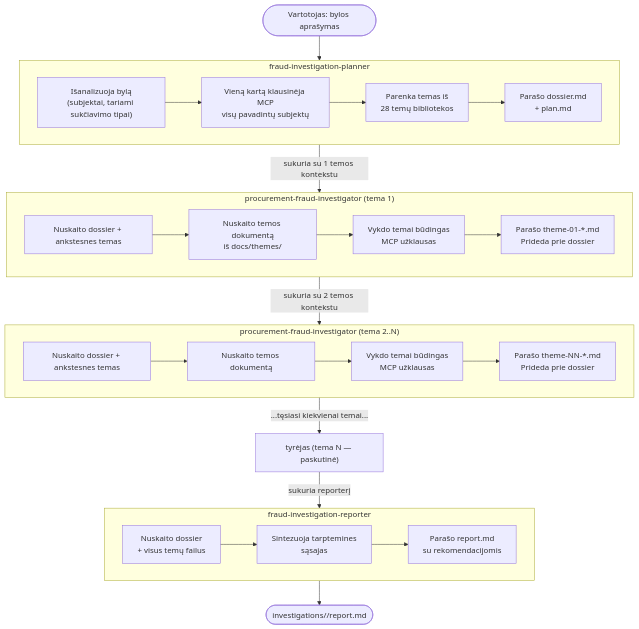
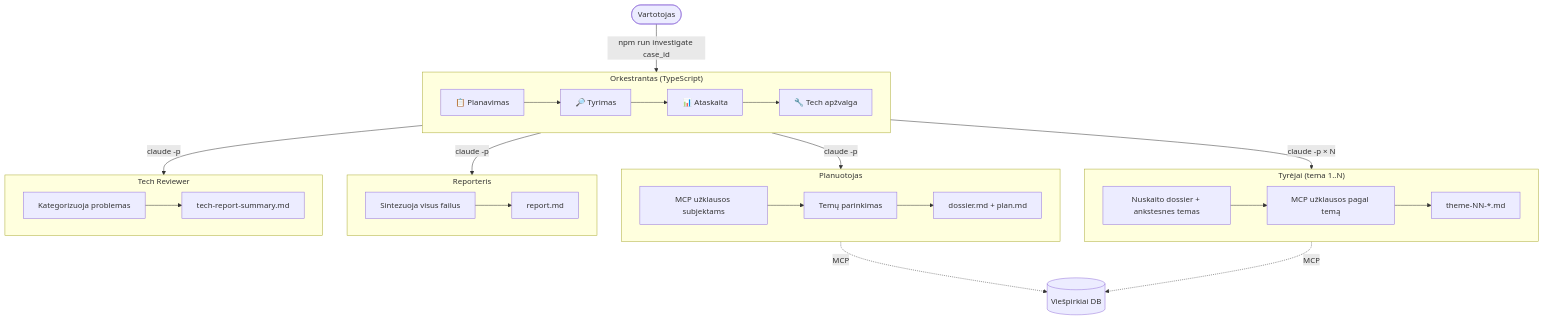
One commit to Viespirkiu-grupe/Tyras changed the diagram in README.md. Above: the diagram before and after it, drawn with Mermaid. The commit also changed other lines of this file and 1 other file, not shown here.

Commit message:
refactor: streamline CLAUDE.md and README.md for clarity and consistency

````diff
--- a/README.md
+++ b/README.md
@@ -83,44 +63,43 @@
 ```mermaid
 flowchart TD
-    User(["Vartotojas: bylos aprašymas"]) --> Planner
+    User(["Vartotojas"]) -->|" npm run investigate case_id "| Orch
 
-    subgraph Planner["fraud-investigation-planner"]
-        P1["Išanalizuoja bylą\n(subjektai, tariami sukčiavimo tipai)"]
-        P2["Vieną kartą klausinėja MCP\nvisų pavadintų subjektų"]
-        P3["Parenka temas iš\n28 temų bibliotekos"]
-        P4["Parašo dossier.md\n+ plan.md"]
-        P1 --> P2 --> P3 --> P4
+    subgraph Orch["Orkestrantas (TypeScript)"]
+        direction LR
+        S1["📋 Planavimas"] --> S2["🔎 Tyrimas"] --> S3["📊 Ataskaita"] --> S4["🔧 Tech apžvalga"]
     end
 
-    Planner -->|" sukuria su 1 temos kontekstu "| Inv1
+    S1 -->|" claude -p "| Planner
+    S2 -->|" claude -p × N "| Inv
+    S3 -->|" claude -p "| Reporter
+    S4 -->|" claude -p "| Tech
 
-    subgraph Inv1["procurement-fraud-investigator (tema 1)"]
-        I1a["Nuskaito dossier + ankstesnes temas"]
-        I1b["Nuskaito temos dokumentą\niš docs/themes/"]
-        I1c["Vykdo temai būdingas\nMCP užklausas"]
-        I1d["Parašo theme-01-*.md\nPrideda prie dossier"]
-        I1a --> I1b --> I1c --> I1d
+    subgraph Planner["Planuotojas"]
+        P1["MCP užklausos subjektams"]
+        P2["Temų parinkimas"]
+        P3["dossier.md + plan.md"]
+        P1 --> P2 --> P3
     end
 
-    Inv1 -->|" sukuria su 2 temos kontekstu "| Inv2
-
-    subgraph Inv2["procurement-fraud-investigator (tema 2..N)"]
-        I2a["Nuskaito dossier + ankstesnes temas"]
-        I2b["Nuskaito temos dokumentą"]
-        I2c["Vykdo temai būdingas\nMCP užklausas"]
-        I2d["Parašo theme-NN-*.md\nPrideda prie dossier"]
-        I2a --> I2b --> I2c --> I2d
+    subgraph Inv["Tyrėjai (tema 1..N)"]
+        I1["Nuskaito dossier + ankstesnes temas"]
+        I2["MCP užklausos pagal temą"]
+        I3["theme-NN-*.md"]
+        I1 --> I2 --> I3
     end
 
-    Inv2 -->|" ...tęsiasi kiekvienai temai... "| InvN["tyrėjas (tema N — paskutinė)"]
-    InvN -->|" sukuria reporterį "| Reporter
-
-    subgraph Reporter["fraud-investigation-reporter"]
-        R1["Nuskaito dossier\n+ visus temų failus"]
-        R2["Sintezuoja tarptemines\nsąsajas"]
-        R3["Parašo report.md\nsu rekomendacijomis"]
-        R1 --> R2 --> R3
+    subgraph Reporter["Reporteris"]
+        R1["Sintezuoja visus failus"]
+        R2["report.md"]
+        R1 --> R2
     end
 
-    Reporter --> Output(["investigations/<case-id>/report.md"])
+    subgraph Tech["Tech Reviewer"]
+        T1["Kategorizuoja problemas"]
+        T2["tech-report-summary.md"]
+        T1 --> T2
+    end
+
+    Planner -.->|" MCP "| DB[(Viešpirkiai DB)]
+    Inv -.->|" MCP "| DB
 ```
````
